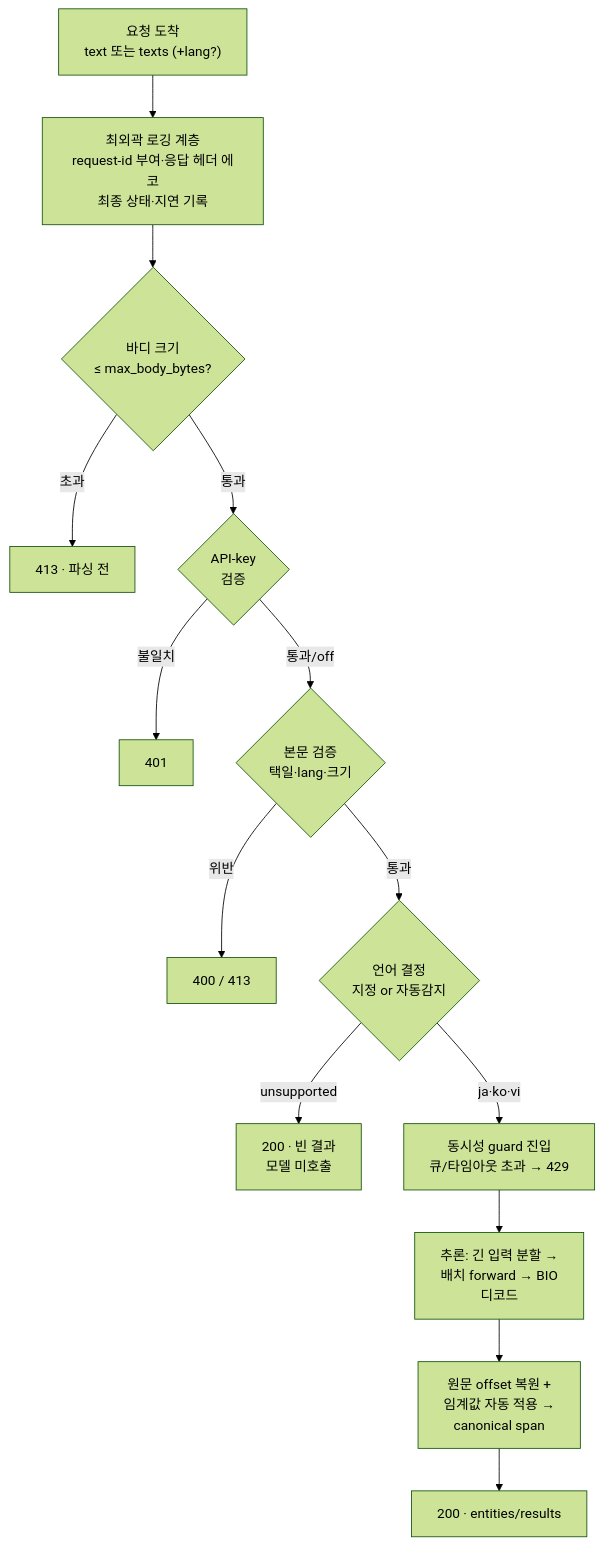
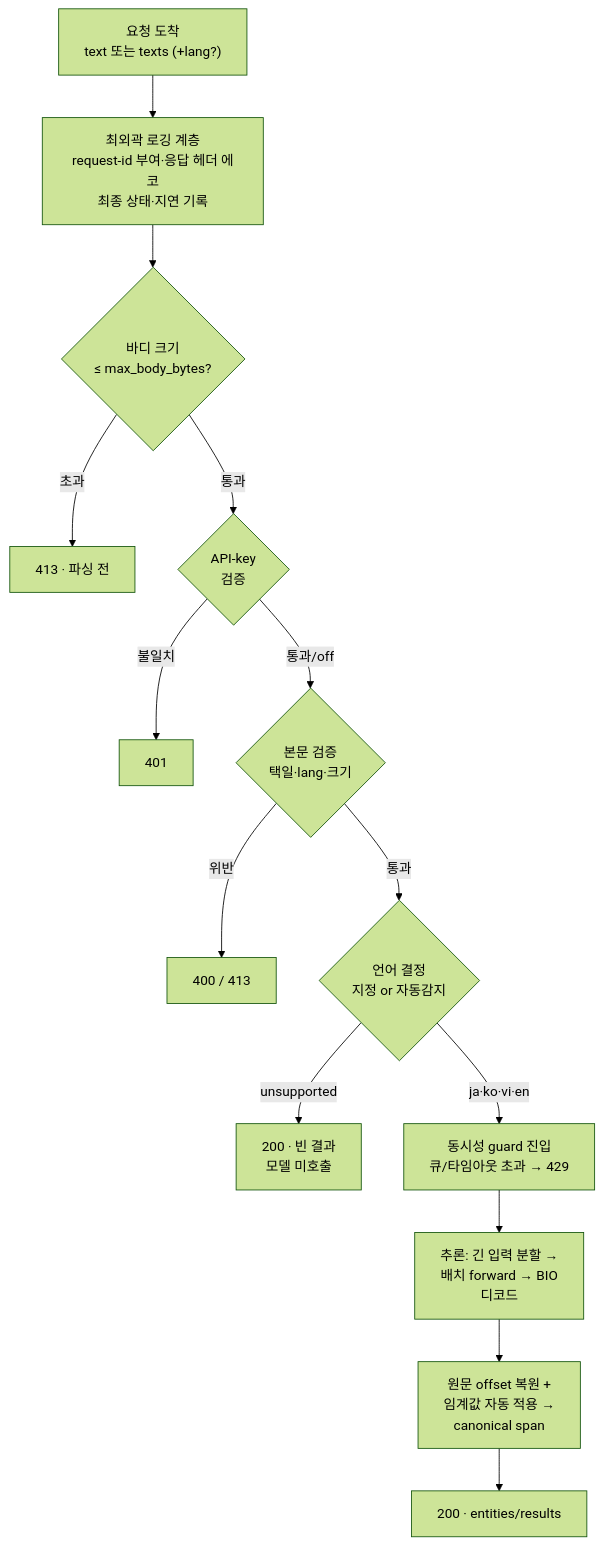
Before and after one commit to groovallstar/ner-pipeline-public: the diagram in docs/manual/rest-api-spec.md, drawn with Mermaid (forest theme). The commit also changed other lines of this file and 30 other files, not shown here.

````diff
--- a/docs/manual/rest-api-spec.md
+++ b/docs/manual/rest-api-spec.md
@@ -351,16 +366,16 @@
 ```mermaid
 flowchart TD
     REQ["요청 도착<br/>text 또는 texts (+lang?)"] --> RID["최외곽 로깅 계층<br/>request-id 부여·응답 헤더 에코<br/>최종 상태·지연 기록"]
     RID --> BODY{"바디 크기<br/>≤ max_body_bytes?"}
     BODY -->|초과| E413B["413 · 파싱 전"]
     BODY -->|통과| AUTH{"API-key<br/>검증"}
     AUTH -->|불일치| E401["401"]
     AUTH -->|통과/off| VAL{"본문 검증<br/>택일·lang·크기"}
     VAL -->|위반| ERR["400 / 413"]
     VAL -->|통과| LANG{"언어 결정<br/>지정 or 자동감지"}
     LANG -->|unsupported| EMPTY["200 · 빈 결과<br/>모델 미호출"]
-    LANG -->|"ja·ko·vi"| GUARD["동시성 guard 진입<br/>큐/타임아웃 초과 → 429"]
+    LANG -->|"ja·ko·vi·en"| GUARD["동시성 guard 진입<br/>큐/타임아웃 초과 → 429"]
     GUARD --> INFER["추론: 긴 입력 분할 →<br/>배치 forward → BIO<br/>디코드"]
     INFER --> CANON["원문 offset 복원 +<br/>임계값 자동 적용 →<br/>canonical span"]
     CANON --> OK["200 · entities/results"]
 ```
````
